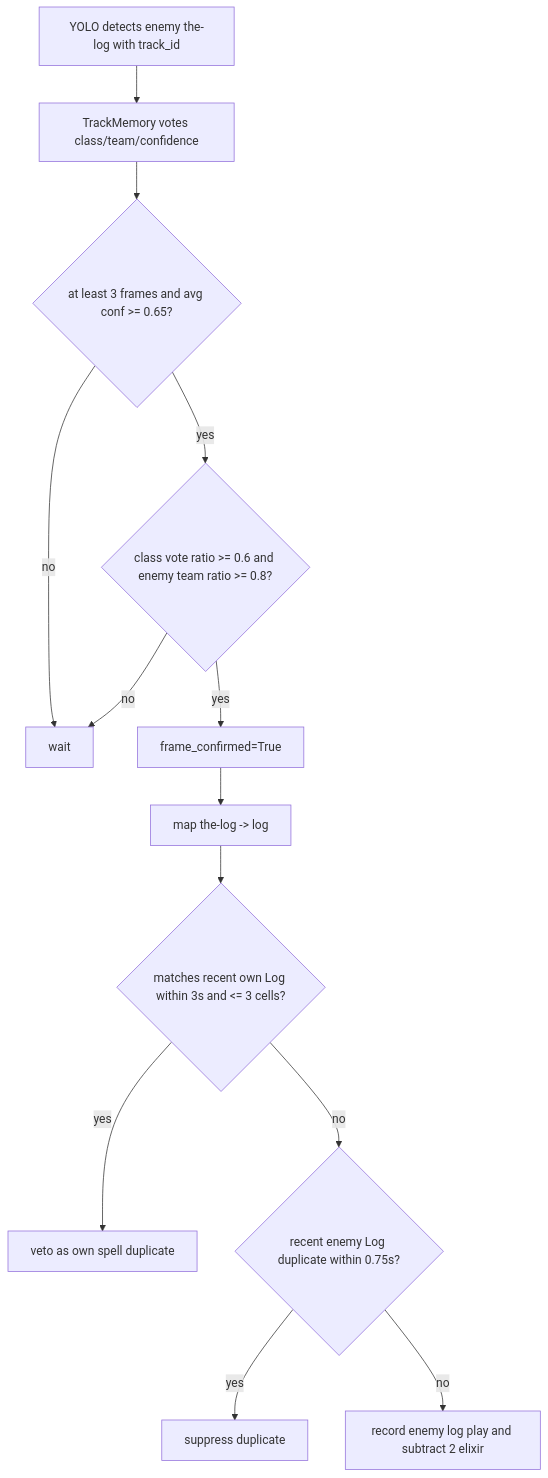
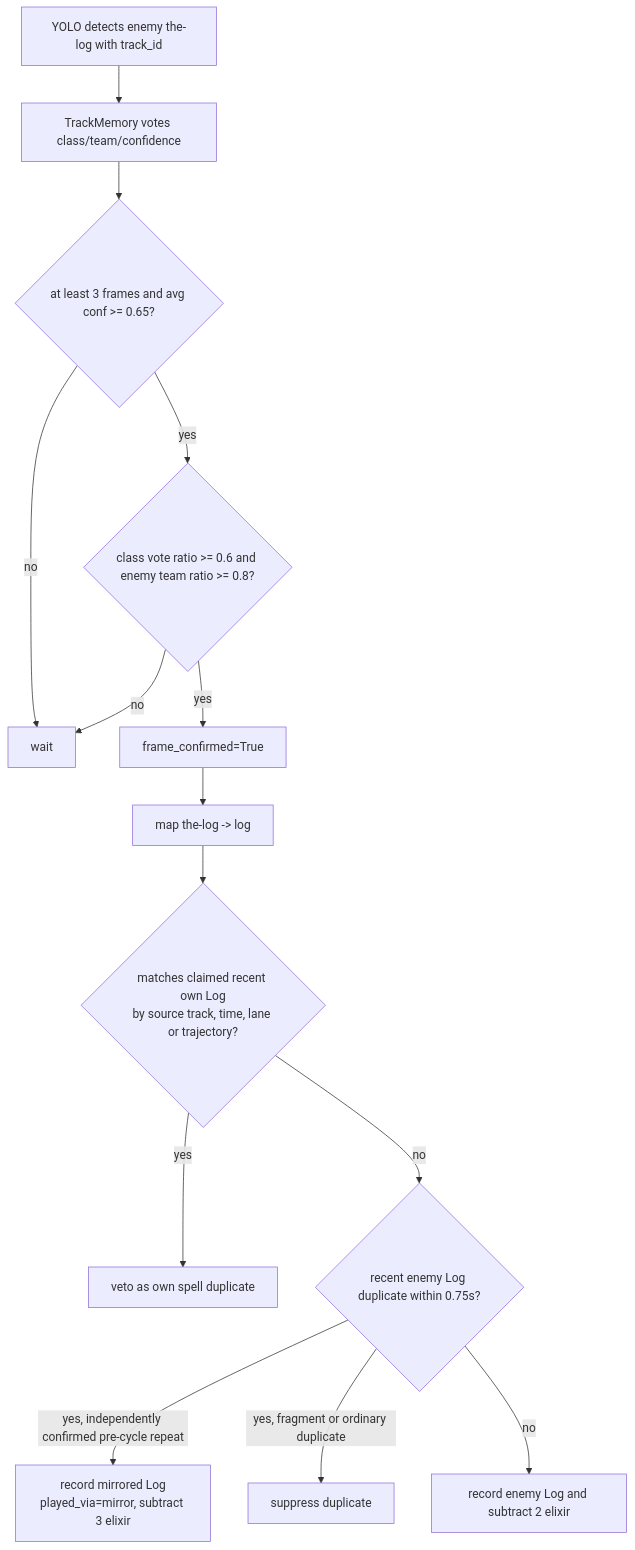
Before and after one commit to Keschler/cr-bot: the eighth of 19 diagrams in docs/flowcharts.md, drawn with Mermaid. The commit also changed other lines of this file, not shown here.

````diff
--- a/docs/flowcharts.md
+++ b/docs/flowcharts.md
@@ -323,15 +369,16 @@
 ```mermaid
 flowchart TD
     A["YOLO detects enemy the-log with track_id"] --> B["TrackMemory votes class/team/confidence"]
     B --> C{"at least 3 frames and avg conf >= 0.65?"}
     C -->|"no"| D["wait"]
     C -->|"yes"| E{"class vote ratio >= 0.6 and enemy team ratio >= 0.8?"}
     E -->|"no"| D
     E -->|"yes"| F["frame_confirmed=True"]
     F --> G["map the-log -> log"]
-    G --> H{"matches recent own Log within 3s and <= 3 cells?"}
+    G --> H{"matches claimed recent own Log<br/>by source track, time, lane or trajectory?"}
     H -->|"yes"| I["veto as own spell duplicate"]
     H -->|"no"| J{"recent enemy Log duplicate within 0.75s?"}
-    J -->|"yes"| K["suppress duplicate"]
-    J -->|"no"| L["record enemy log play and subtract 2 elixir"]
+    J -->|"yes, independently confirmed pre-cycle repeat"| M["record mirrored Log<br/>played_via=mirror, subtract 3 elixir"]
+    J -->|"yes, fragment or ordinary duplicate"| K["suppress duplicate"]
+    J -->|"no"| L["record enemy Log and subtract 2 elixir"]
 ```
````
